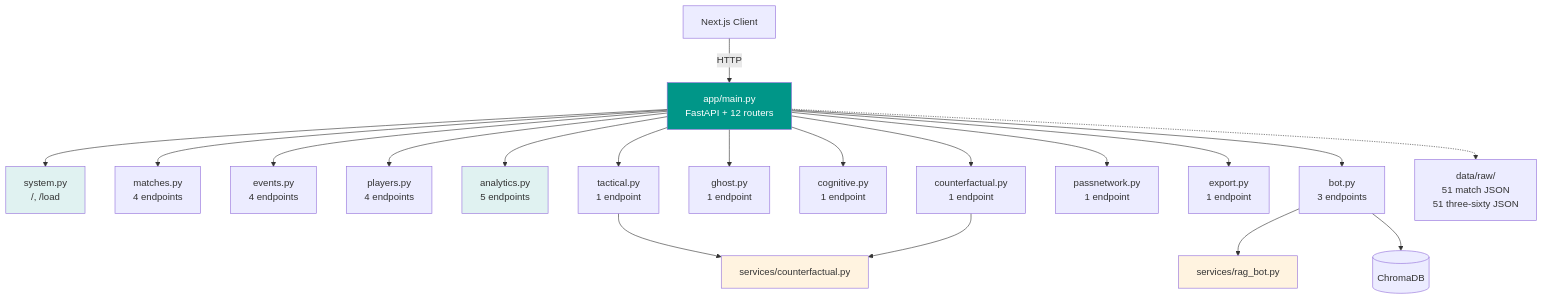
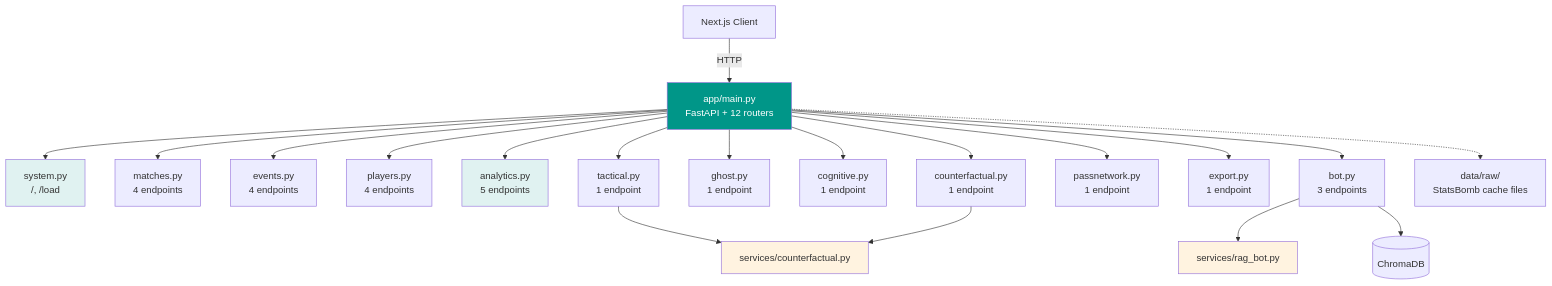
One commit to nomine-ds/euro-2024-public changed the diagram in README.md. Above: the diagram before and after it, drawn with Mermaid. The commit also changed other lines of this file and 54 other files, not shown here.

````diff
--- a/README.md
+++ b/README.md
@@ -153,30 +137,30 @@
 ```mermaid
 graph TB
     Client[Next.js Client] -->|HTTP| App[app/main.py<br/>FastAPI + 12 routers]
 
     App --> R1[system.py<br/>/, /load]
     App --> R2[matches.py<br/>4 endpoints]
     App --> R3[events.py<br/>4 endpoints]
     App --> R4[players.py<br/>4 endpoints]
     App --> R5[analytics.py<br/>5 endpoints]
     App --> R6[tactical.py<br/>1 endpoint]
     App --> R7[ghost.py<br/>1 endpoint]
     App --> R8[cognitive.py<br/>1 endpoint]
     App --> R9[counterfactual.py<br/>1 endpoint]
     App --> R10[passnetwork.py<br/>1 endpoint]
     App --> R11[export.py<br/>1 endpoint]
     App --> R12[bot.py<br/>3 endpoints]
 
     R6 --> S1[services/counterfactual.py]
     R9 --> S1
     R12 --> S2[services/rag_bot.py]
     R12 --> S3[(ChromaDB)]
 
-    App -.-> D[data/raw/<br/>51 match JSON<br/>51 three-sixty JSON]
+    App -.-> D[data/raw/<br/>StatsBomb cache files]
 
     style App fill:#009688,color:white
     style R1 fill:#e0f2f1
     style R5 fill:#e0f2f1
     style S1 fill:#fff3e0
     style S2 fill:#fff3e0
 ```
````
